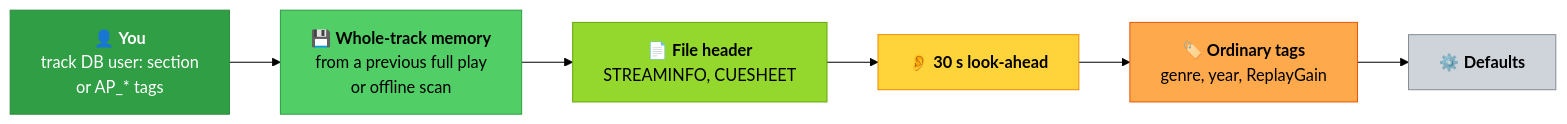
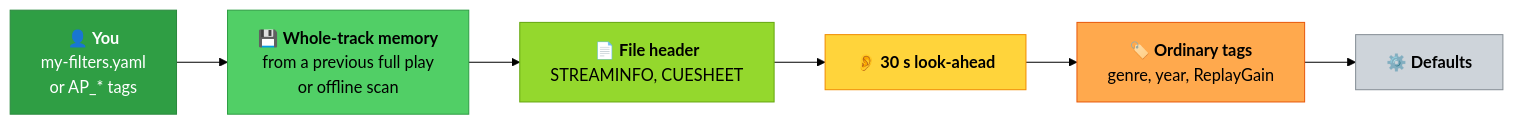
The fourth of 6 diagrams in docs/ULTIMATE_MODE.md (androxylo/audiophile_player), drawn with Mermaid (forest theme) before and after one commit. The commit also changed other lines of this file and 11 other files, not shown here.

````diff
--- a/docs/ULTIMATE_MODE.md
+++ b/docs/ULTIMATE_MODE.md
@@ -99,10 +101,10 @@
 ```mermaid
 flowchart LR
-    U["👤 <b>You</b><br/>track DB user: section<br/>or AP_* tags"]:::u --> C["💾 <b>Whole-track memory</b><br/>from a previous full play<br/>or offline scan"]:::c --> H["📄 <b>File header</b><br/>STREAMINFO, CUESHEET"]:::h --> W["👂 <b>30 s look-ahead</b>"]:::w --> T["🏷️ <b>Ordinary tags</b><br/>genre, year, ReplayGain"]:::t --> D["⚙️ <b>Defaults</b>"]:::d
+    U["👤 <b>You</b><br/>my-filters.yaml<br/>or AP_* tags"]:::u --> C["💾 <b>Whole-track memory</b><br/>from a previous full play<br/>or offline scan"]:::c --> H["📄 <b>File header</b><br/>STREAMINFO, CUESHEET"]:::h --> W["👂 <b>30 s look-ahead</b>"]:::w --> T["🏷️ <b>Ordinary tags</b><br/>genre, year, ReplayGain"]:::t --> D["⚙️ <b>Defaults</b>"]:::d
     classDef u fill:#2f9e44,stroke:#2b8a3e,color:#fff
     classDef c fill:#51cf66,stroke:#2f9e44,color:#000
     classDef h fill:#94d82d,stroke:#66a80f,color:#000
     classDef w fill:#ffd43b,stroke:#f08c00,color:#000
     classDef t fill:#ffa94d,stroke:#e8590c,color:#000
     classDef d fill:#ced4da,stroke:#868e96,color:#000
 ```
````
